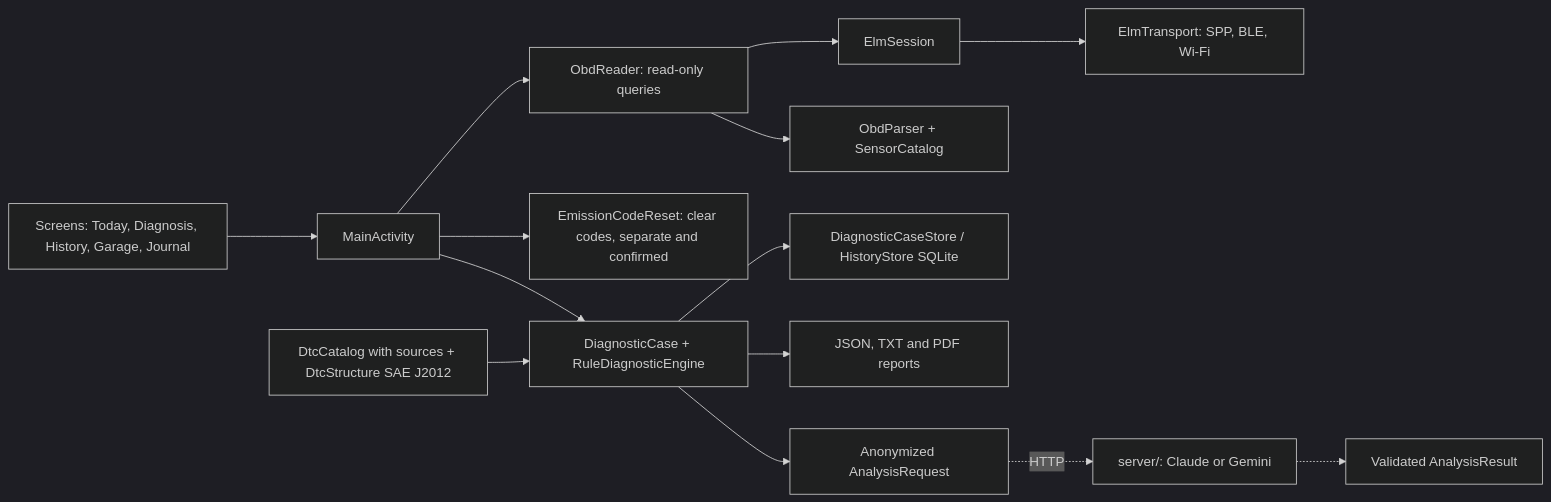
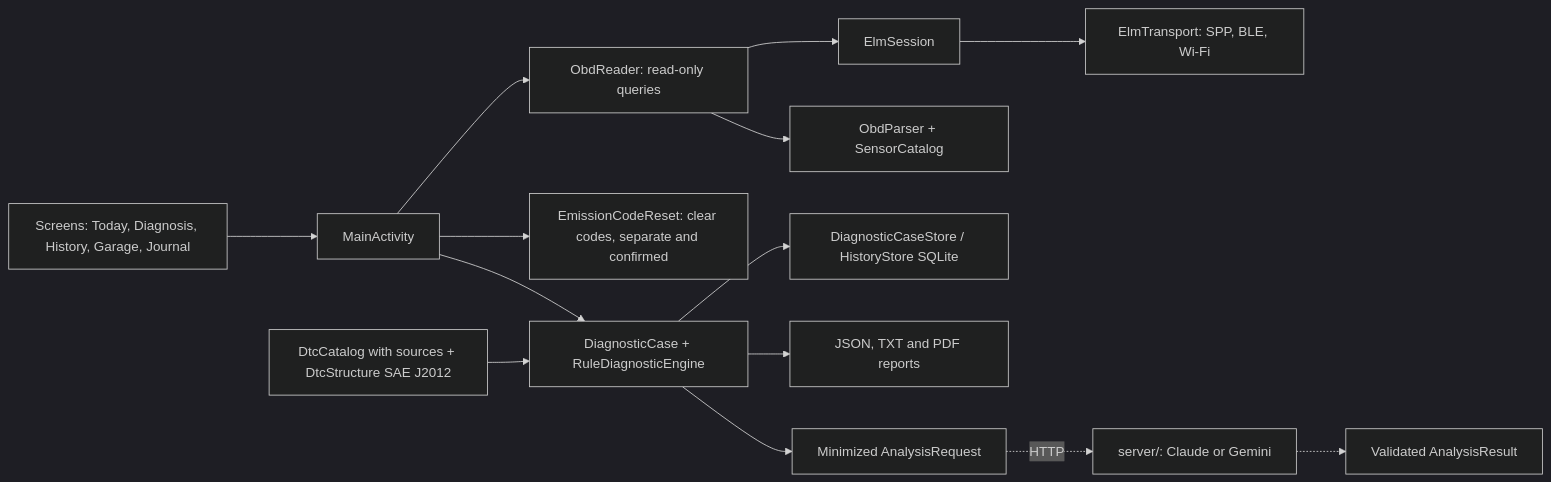
The diagram in README.md (YagoBorba/BorbaCarLabs), drawn with Mermaid (dark theme) before and after one commit. The commit also changed other lines of this file and 3 other files, not shown here.

````diff
--- a/README.md
+++ b/README.md
@@ -99,14 +99,14 @@
 ```mermaid
 flowchart LR
     UI[Screens: Today, Diagnosis, History, Garage, Journal] --> MA[MainActivity]
     MA --> OR[ObdReader: read-only queries]
     MA --> EC[EmissionCodeReset: clear codes, separate and confirmed]
     OR --> ES[ElmSession] --> T[ElmTransport: SPP, BLE, Wi-Fi]
     OR --> P[ObdParser + SensorCatalog]
     MA --> DC[DiagnosticCase + RuleDiagnosticEngine]
     K[DtcCatalog with sources + DtcStructure SAE J2012] --> DC
     DC --> H[DiagnosticCaseStore / HistoryStore SQLite]
     DC --> R[JSON, TXT and PDF reports]
-    DC --> AR[Anonymized AnalysisRequest] -.HTTP.-> S[server/: Claude or Gemini]
+    DC --> AR[Minimized AnalysisRequest] -.HTTP.-> S[server/: Claude or Gemini]
     S -.-> AV[Validated AnalysisResult]
 ```
````
